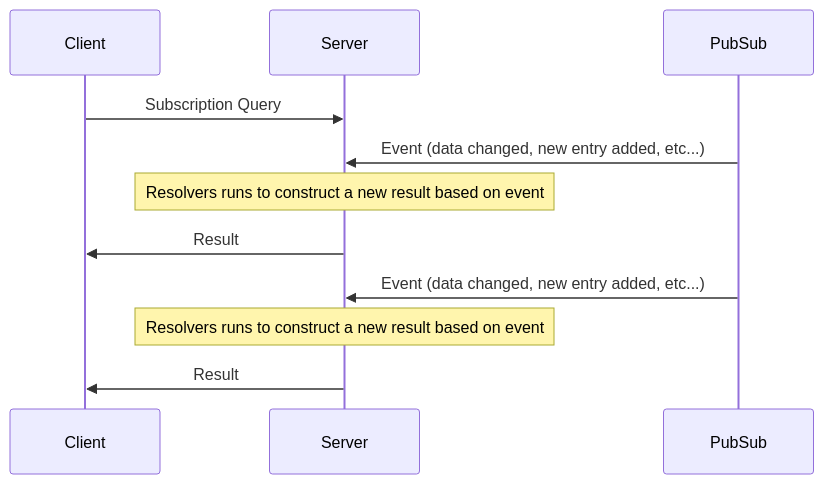
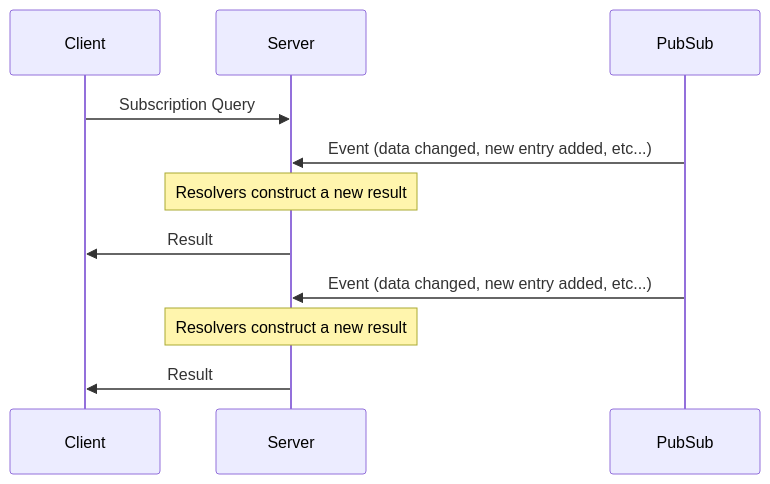
Before and after one commit to graphql-hive/docs: the first of 2 diagrams in packages/documentation/content/docs/gateway/subscriptions.mdx, drawn with Mermaid. The commit also changed 7 other files, not shown here.

First line of the commit message:
Fix backgrounds, use design system Heading in MDX, mermaid tweaks

````diff
--- a/packages/documentation/content/docs/gateway/subscriptions.mdx
+++ b/packages/documentation/content/docs/gateway/subscriptions.mdx
@@ -32,10 +32,10 @@
 ```mermaid
 sequenceDiagram;
   Client->>Server: Subscription Query
   PubSub->>Server: Event (data changed, new entry added, etc...)
-  Note over Server: Resolvers runs to construct a new result based on event
+  Note over Server: Resolvers construct a new result
   Server->>Client: Result
   PubSub->>Server: Event (data changed, new entry added, etc...)
-  Note over Server: Resolvers runs to construct a new result based on event
+  Note over Server: Resolvers construct a new result
   Server->>Client: Result
 ```
````
